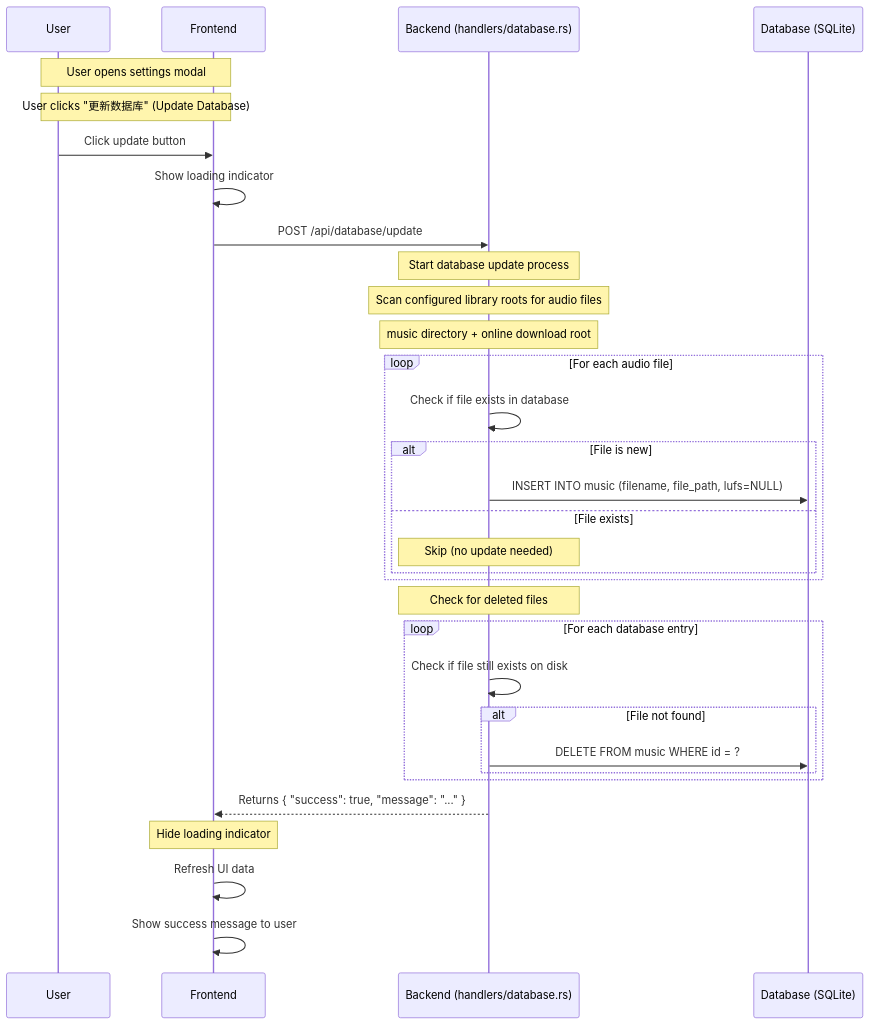
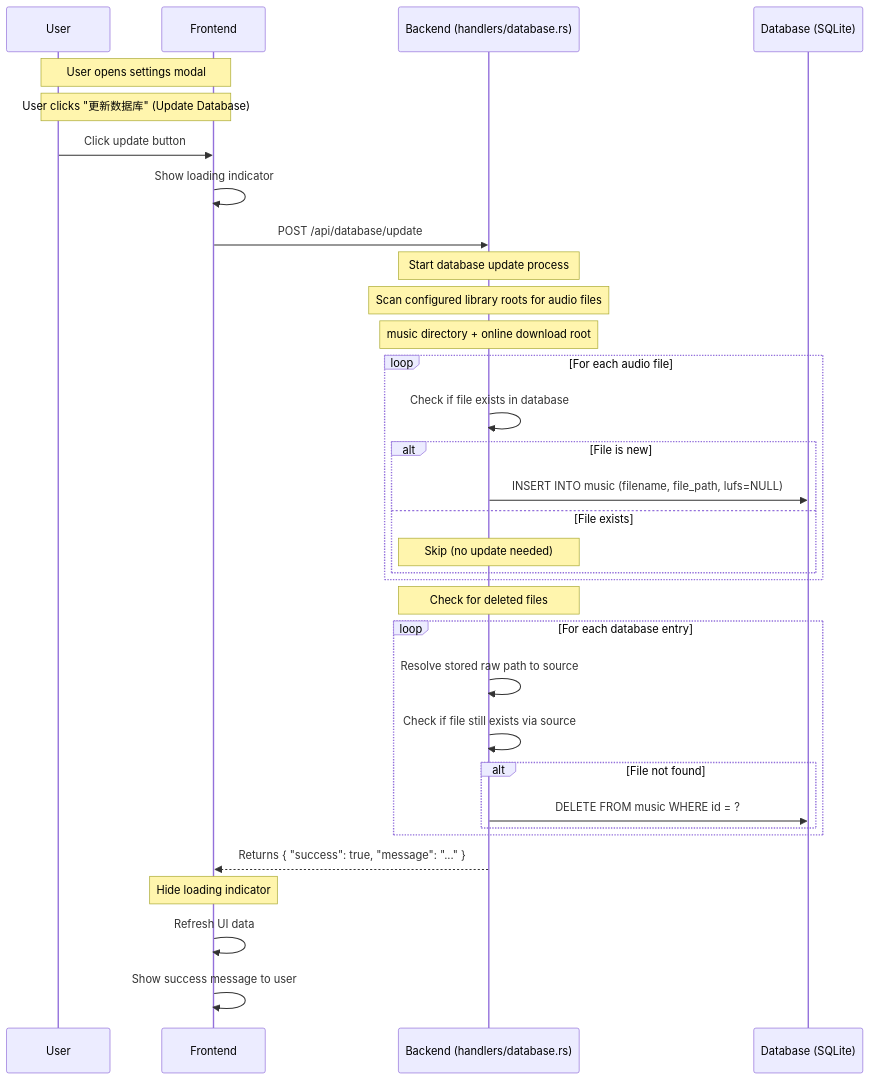
One commit to Afeather2017/Kaulan changed the fourth of 4 diagrams in docs/settings-and-database-management.md. Above: the diagram before and after it, drawn with Mermaid. The commit also changed other lines of this file and 10 other files, not shown here.

````diff
--- a/docs/settings-and-database-management.md
+++ b/docs/settings-and-database-management.md
@@ -176,45 +185,46 @@
 ```mermaid
 sequenceDiagram
     participant User as User
     participant FE as Frontend
     participant BE as Backend (handlers/database.rs)
     participant DB as Database (SQLite)
 
     Note over User,FE: User opens settings modal
     Note over User,FE: User clicks "更新数据库" (Update Database)
 
     User->>FE: Click update button
     FE->>FE: Show loading indicator
     FE->>BE: POST /api/database/update
 
     Note over BE: Start database update process
 
     Note over BE: Scan configured library roots for audio files
     Note over BE: music directory + online download root
 
     loop For each audio file
         BE->>BE: Check if file exists in database
 
         alt File is new
             BE->>DB: INSERT INTO music (filename, file_path, lufs=NULL)
         else File exists
             Note over BE: Skip (no update needed)
         end
     end
 
     Note over BE: Check for deleted files
 
     loop For each database entry
-        BE->>BE: Check if file still exists on disk
+        BE->>BE: Resolve stored raw path to source
+        BE->>BE: Check if file still exists via source
 
         alt File not found
             BE->>DB: DELETE FROM music WHERE id = ?
         end
     end
 
     BE-->>FE: Returns { "success": true, "message": "..." }
 
     Note over FE: Hide loading indicator
     FE->>FE: Refresh UI data
     FE->>FE: Show success message to user
 ```
````
